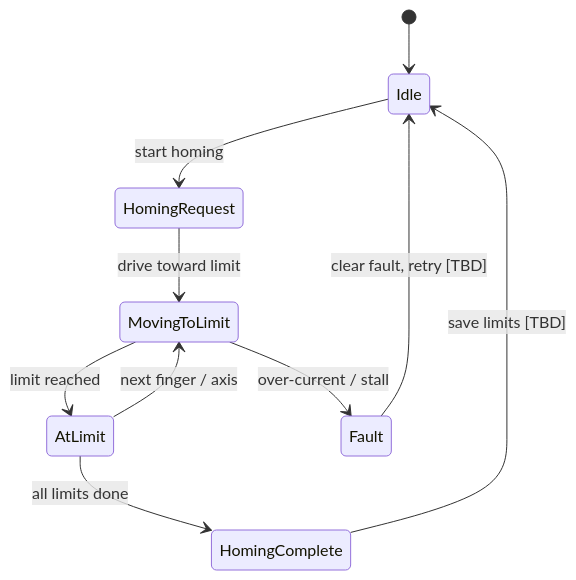
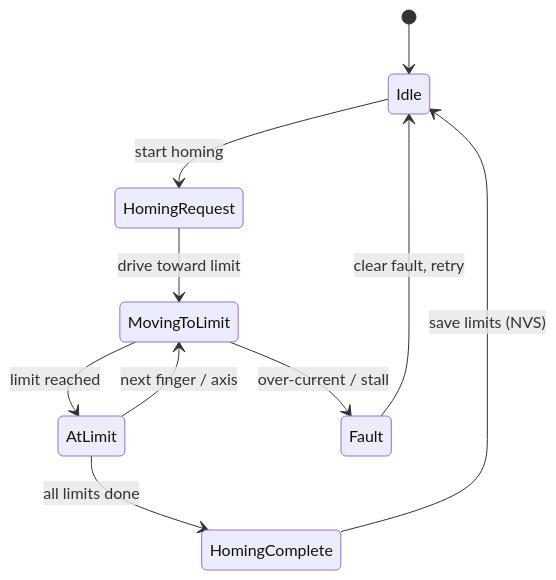
The diagram in artifacts/diagrams/homing_state_machine.md (Seaphant/YOKO), drawn with Mermaid before and after one commit. The commit also changed 35 other files, not shown here.

````diff
--- a/artifacts/diagrams/homing_state_machine.md
+++ b/artifacts/diagrams/homing_state_machine.md
@@ -9,12 +9,12 @@
 ```mermaid
 stateDiagram-v2
   [*] --> Idle
   Idle --> HomingRequest: start homing
   HomingRequest --> MovingToLimit: drive toward limit
   MovingToLimit --> AtLimit: limit reached
   AtLimit --> MovingToLimit: next finger / axis
   AtLimit --> HomingComplete: all limits done
-  HomingComplete --> Idle: save limits [TBD]
+  HomingComplete --> Idle: save limits (NVS)
   MovingToLimit --> Fault: over-current / stall
-  Fault --> Idle: clear fault, retry [TBD]
+  Fault --> Idle: clear fault, retry
 ```
````
